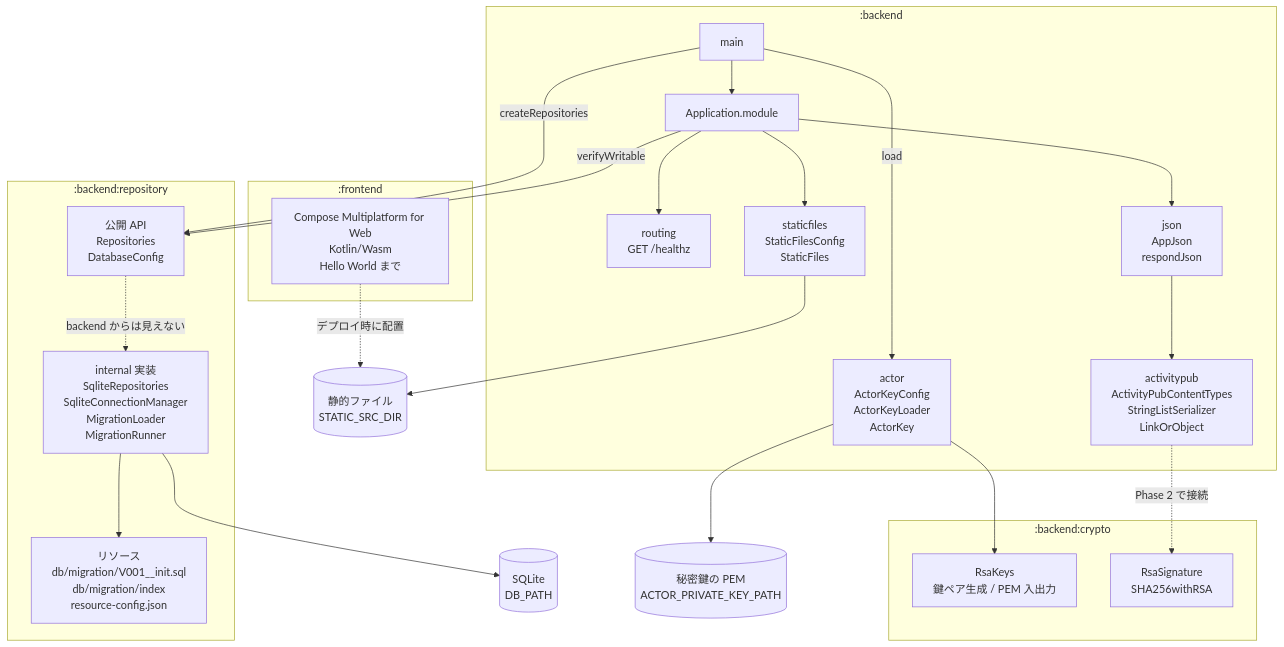
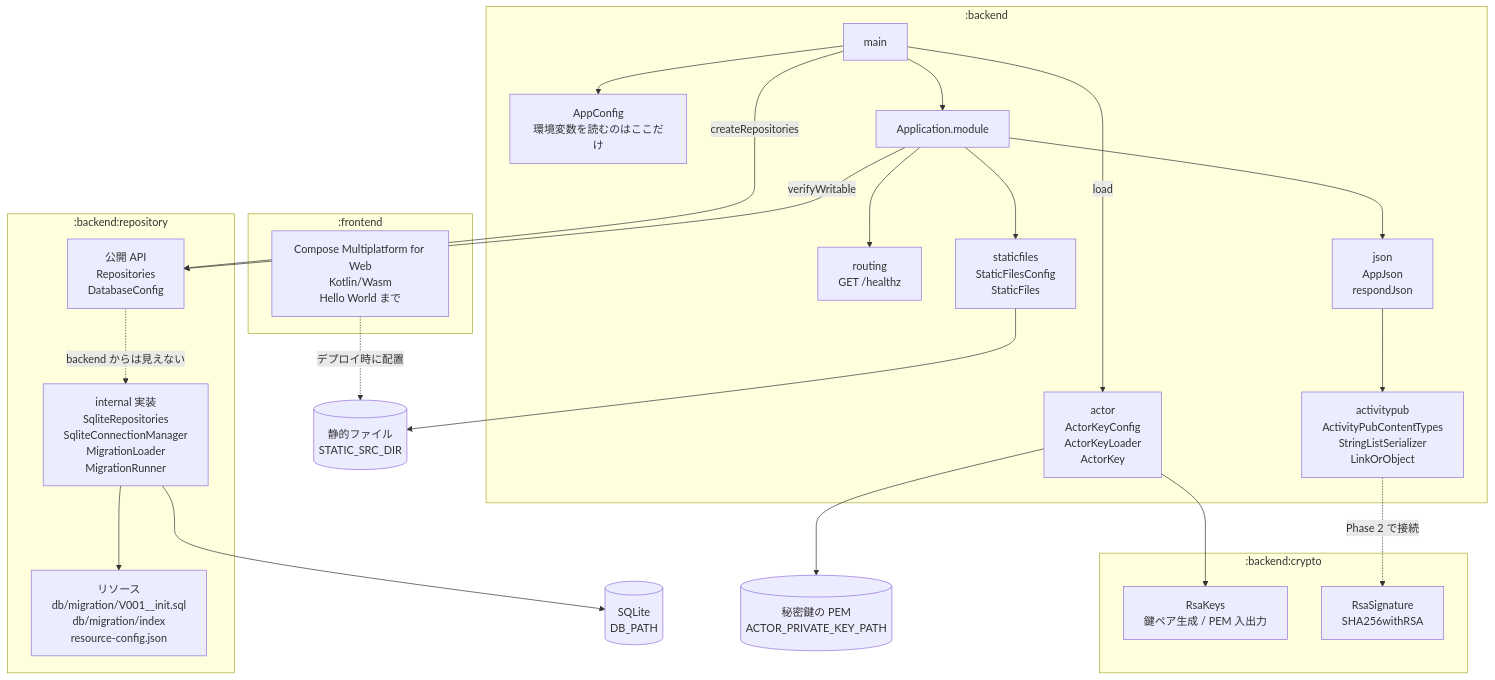
The diagram in README.md (matsudamper/mastodon-rss), drawn with Mermaid before and after one commit. The commit also changed other lines of this file and 19 other files, not shown here.

````diff
--- a/README.md
+++ b/README.md
@@ -14,48 +14,50 @@
 ```mermaid
 flowchart TB
     subgraph backend[":backend"]
         main["main"]
+        config["AppConfig<br/>環境変数を読むのはここだけ"]
         module["Application.module"]
         route["routing<br/>GET /healthz"]
         json["json<br/>AppJson<br/>respondJson"]
         ap["activitypub<br/>ActivityPubContentTypes<br/>StringListSerializer<br/>LinkOrObject"]
         actor["actor<br/>ActorKeyConfig<br/>ActorKeyLoader<br/>ActorKey"]
         static["staticfiles<br/>StaticFilesConfig<br/>StaticFiles"]
     end
 
     subgraph crypto[":backend:crypto"]
         keys["RsaKeys<br/>鍵ペア生成 / PEM 入出力"]
         sign["RsaSignature<br/>SHA256withRSA"]
     end
 
     subgraph repository[":backend:repository"]
         api["公開 API<br/>Repositories<br/>DatabaseConfig"]
         impl["internal 実装<br/>SqliteRepositories<br/>SqliteConnectionManager<br/>MigrationLoader<br/>MigrationRunner"]
         res["リソース<br/>db/migration/V001__init.sql<br/>db/migration/index<br/>resource-config.json"]
     end
 
     subgraph frontend[":frontend"]
         compose["Compose Multiplatform for Web<br/>Kotlin/Wasm<br/>Hello World まで"]
     end
 
     db[("SQLite<br/>DB_PATH")]
 
+    main --> config
     main --> module
     module --> json
     module --> route
     json --> ap
     main -->|createRepositories| api
     main -->|load| actor
     module -->|verifyWritable| api
     api -.->|backend からは見えない| impl
     impl --> res
     impl --> db
     actor --> keys
     ap -.->|Phase 2 で接続| sign
     key[("秘密鍵の PEM<br/>ACTOR_PRIVATE_KEY_PATH")]
     actor --> key
     dist[("静的ファイル<br/>STATIC_SRC_DIR")]
     module --> static
     static --> dist
     compose -.->|デプロイ時に配置| dist
 ```
````
